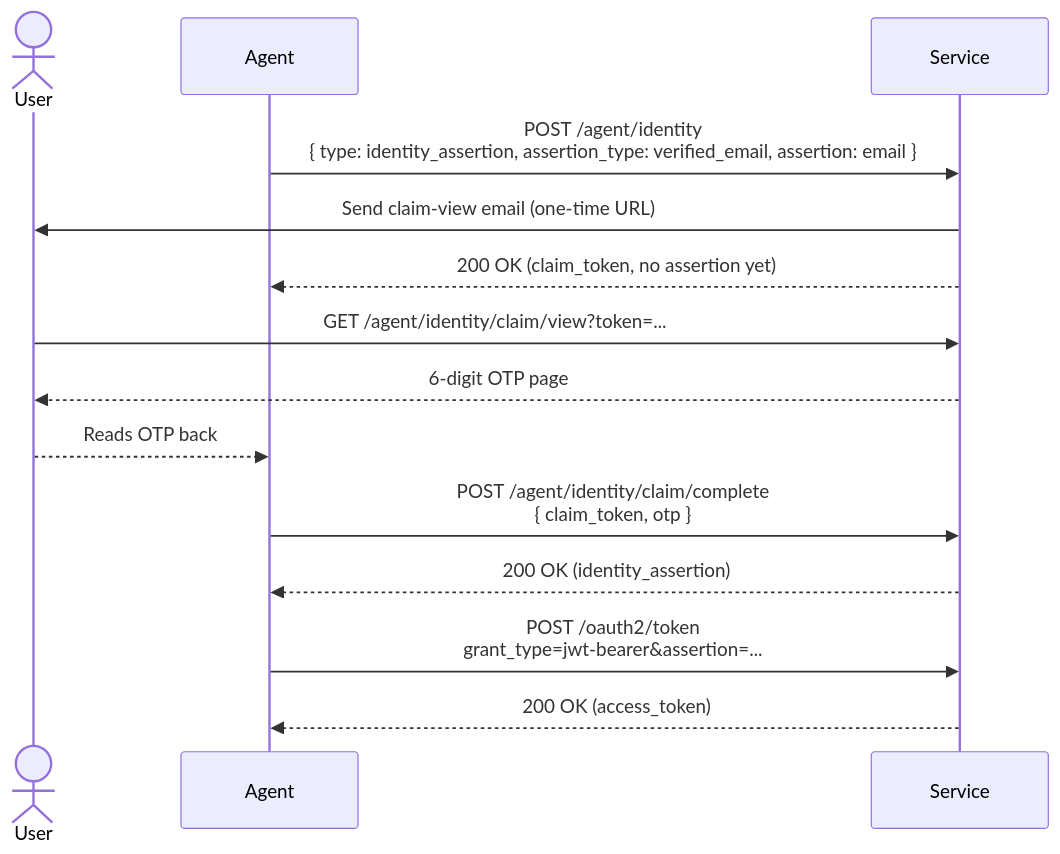
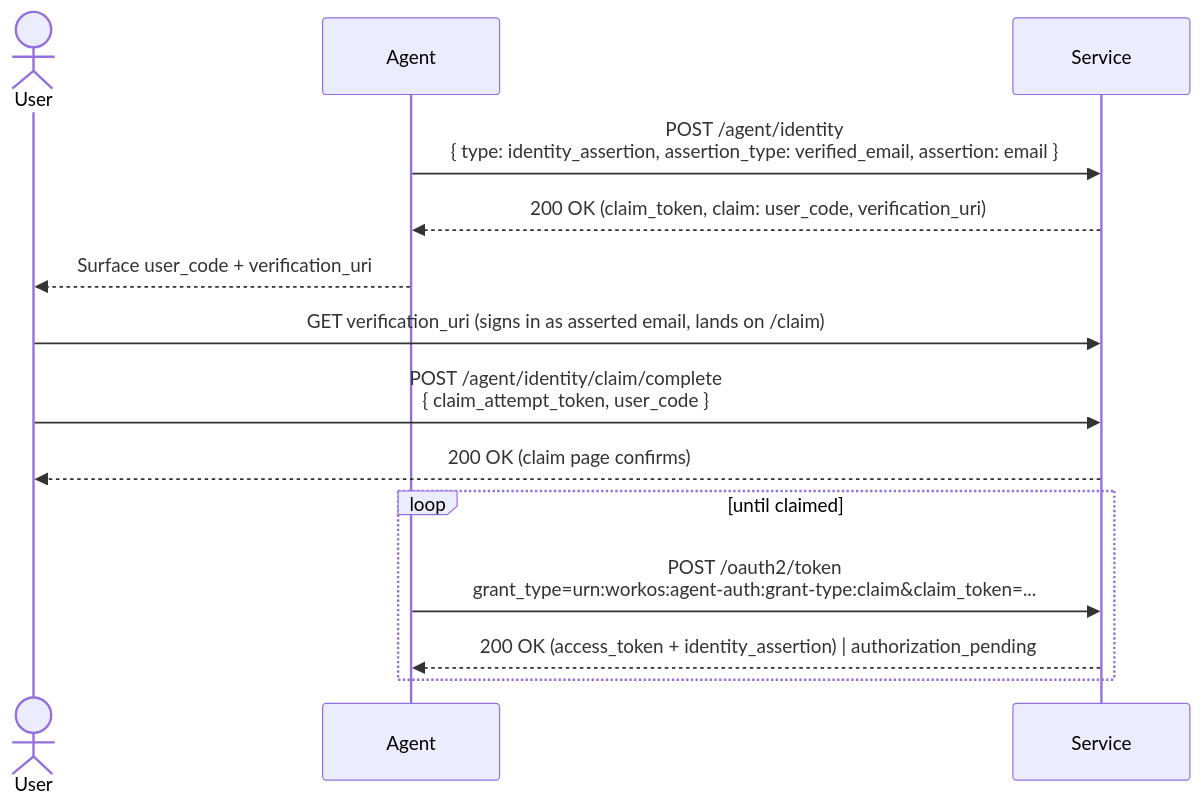
One commit to timothybrush/auth.md changed the third of 3 diagrams in agent-services/README.md. Above: the diagram before and after it, drawn with Mermaid. The commit also changed other lines of this file and 17 other files, not shown here.

First line of the commit message:
Swap claim flow to RFC 8628-shaped user_code handoff + claim grant

````diff
--- a/agent-services/README.md
+++ b/agent-services/README.md
@@ -79,17 +81,18 @@
 ```mermaid
 sequenceDiagram
     actor User
     participant Agent
     participant Service
 
     Agent->>Service: POST /agent/identity<br/>{ type: identity_assertion, assertion_type: verified_email, assertion: email }
-    Service->>User: Send claim-view email (one-time URL)
-    Service-->>Agent: 200 OK (claim_token, no assertion yet)
-    User->>Service: GET /agent/identity/claim/view?token=...
-    Service-->>User: 6-digit OTP page
-    User-->>Agent: Reads OTP back
-    Agent->>Service: POST /agent/identity/claim/complete<br/>{ claim_token, otp }
-    Service-->>Agent: 200 OK (identity_assertion)
-    Agent->>Service: POST /oauth2/token<br/>grant_type=jwt-bearer&assertion=...
-    Service-->>Agent: 200 OK (access_token)
+    Service-->>Agent: 200 OK (claim_token, claim: user_code, verification_uri)
+    Agent-->>User: Surface user_code + verification_uri
+    User->>Service: GET verification_uri (signs in as asserted email, lands on /claim)
+    User->>Service: POST /agent/identity/claim/complete<br/>{ claim_attempt_token, user_code }
+    Service-->>User: 200 OK (claim page confirms)
+
+    loop until claimed
+      Agent->>Service: POST /oauth2/token<br/>grant_type=urn:workos:agent-auth:grant-type:claim&claim_token=...
+      Service-->>Agent: 200 OK (access_token + identity_assertion) | authorization_pending
+    end
 ```
````
